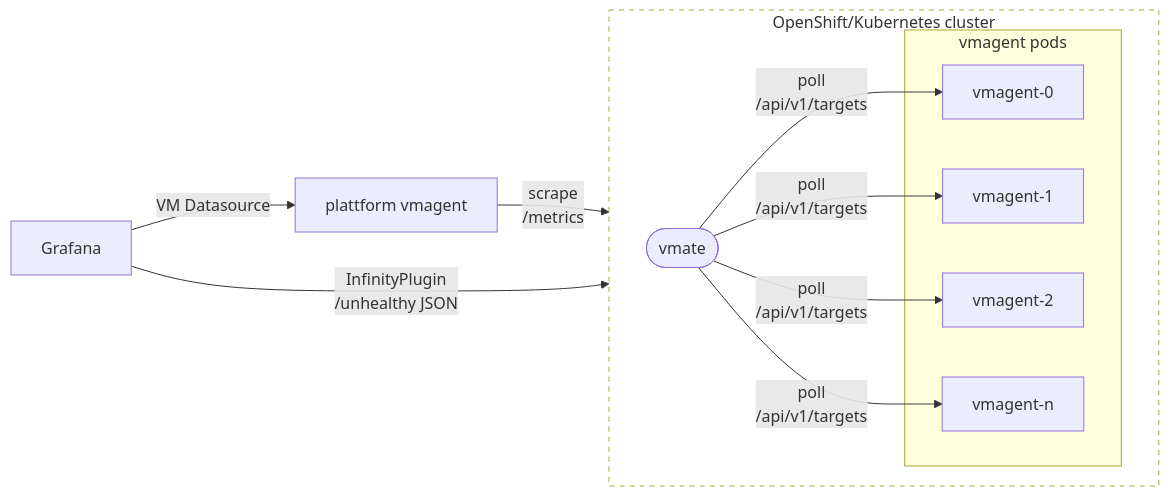
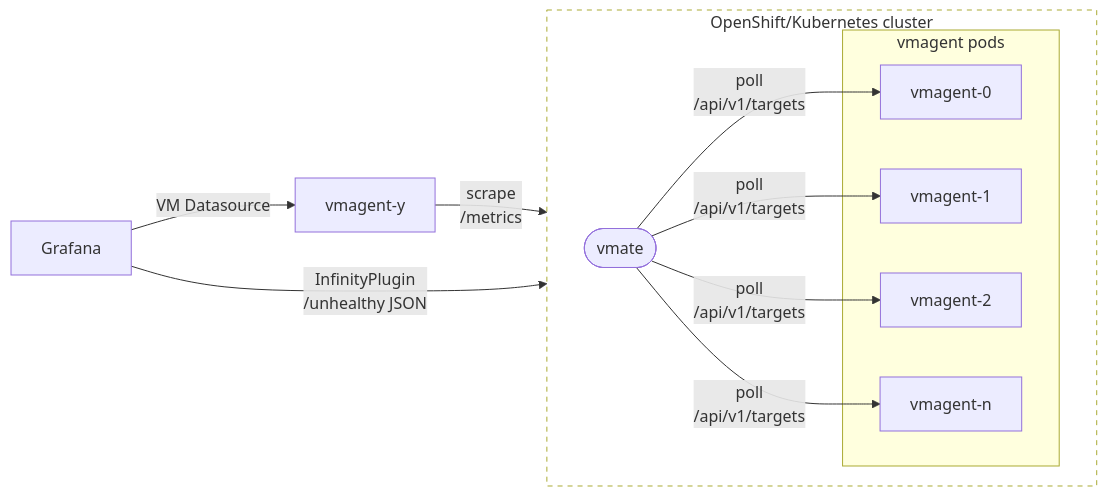
The diagram in README.md (zebbra/vmate), drawn with Mermaid before and after one commit. The commit also changed other lines of this file and 1 other file, not shown here.

````diff
--- a/README.md
+++ b/README.md
@@ -7,26 +6,26 @@
 ```mermaid
 flowchart LR
     grafana["Grafana"]
-    vm["plattform vmagent"]
+    vm["vmagent-y"]
 
     subgraph k8s["OpenShift/Kubernetes cluster"]
         direction LR
         vmate(["vmate"])
         subgraph agents["vmagent pods"]
             va1["vmagent-0"]
             va2["vmagent-1"]
             va3["vmagent-2"]
             va4["vmagent-n"]
         end
         vmate -->|"poll\n/api/v1/targets"| va1
         vmate -->|"poll\n /api/v1/targets"| va2
         vmate -->|"poll\n /api/v1/targets"| va3
         vmate -->|"poll\n /api/v1/targets"| va4
     end
 
     grafana -->|"VM Datasource"| vm
     vm -->|"scrape\n /metrics"| vmate
     grafana -->|"InfinityPlugin \n /unhealthy JSON"| vmate
 
     style k8s stroke-dasharray: 5 5, fill: none
 ```
````
